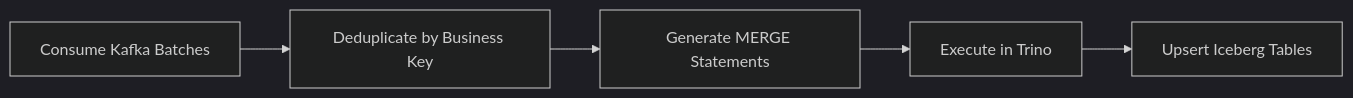
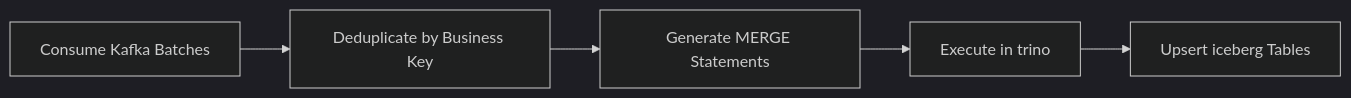
The second of 2 diagrams in process-apps/iceberg-writer/readme.md (paulchen8206/Full-Stack-Modern-Data-Architecture-and-Engineering), drawn with Mermaid (dark theme) before and after one commit. The commit also changed other lines of this file and 18 other files, not shown here.

````diff
--- a/process-apps/iceberg-writer/readme.md
+++ b/process-apps/iceberg-writer/readme.md
@@ -38,7 +38,7 @@
 ```mermaid
 flowchart LR
    CONSUME[Consume Kafka Batches] --> DEDUPE[Deduplicate by Business Key]
    DEDUPE --> MERGE[Generate MERGE Statements]
-   MERGE --> EXEC[Execute in Trino]
-   EXEC --> TABLES[Upsert Iceberg Tables]
+   MERGE --> EXEC[Execute in trino]
+   EXEC --> TABLES[Upsert iceberg Tables]
 ```
````
